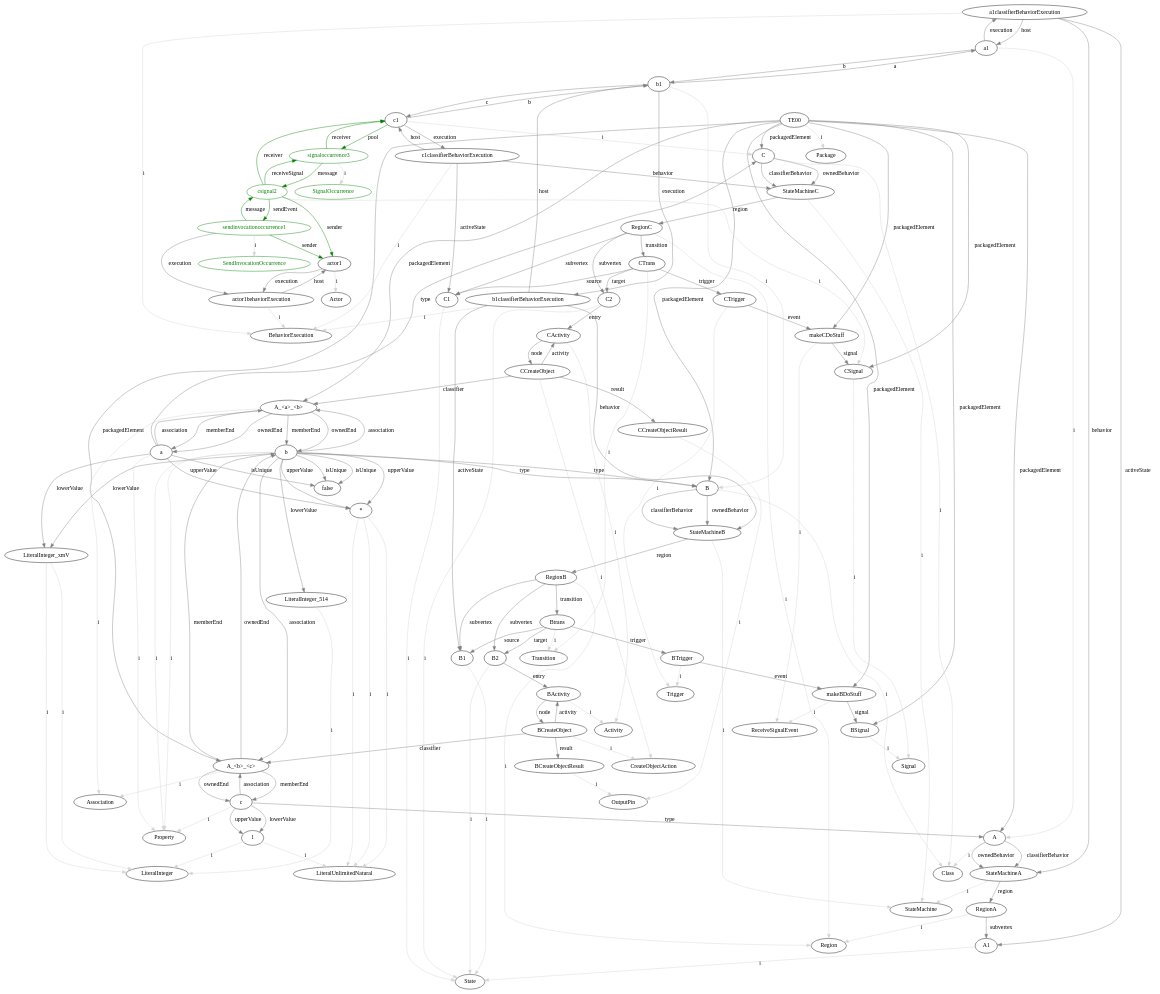
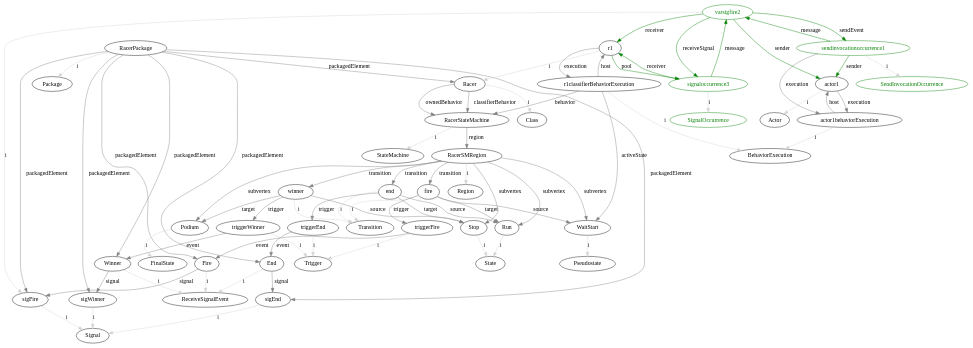
The diagram in GraphOutputs/state1.dot (luisneiva/graf-framework), drawn with Graphviz before and after one commit. The commit also changed 13 other files, not shown here.

```diff
--- a/GraphOutputs/state1.dot
+++ b/GraphOutputs/state1.dot
@@ -1,141 +1,62 @@
 digraph umlMetamodel {
-	"TE00" -> "Package" [label="i", color="lightgrey"]
-	"TE00" -> "C" [label="packagedElement", color="grey"]
-	"C" -> "Class" [label="i", color="lightgrey"]
-	"C" -> "StateMachineC" [label="classifierBehavior", color="grey"]
-	"C" -> "StateMachineC" [label="ownedBehavior", color="grey"]
-	"StateMachineC" -> "StateMachine" [label="i", color="lightgrey"]
-	"StateMachineC" -> "RegionC" [label="region", color="grey"]
-	"RegionC" -> "Region" [label="i", color="lightgrey"]
-	"RegionC" -> "C1" [label="subvertex", color="grey"]
-	"C1" -> "State" [label="i", color="lightgrey"]
-	"RegionC" -> "C2" [label="subvertex", color="grey"]
-	"C2" -> "State" [label="i", color="lightgrey"]
-	"C2" -> "CActivity" [label="entry", color="grey"]
-	"CActivity" -> "Activity" [label="i", color="lightgrey"]
-	"CActivity" -> "CCreateObject" [label="node", color="grey"]
-	"CCreateObject" -> "CActivity" [label="activity", color="grey"]
-	"CCreateObject" -> "CreateObjectAction" [label="i", color="lightgrey"]
-	"CCreateObject" -> "A_<a>_<b>" [label="classifier", color="grey"]
-	"CCreateObject" -> "CCreateObjectResult" [label="result", color="grey"]
-	"CCreateObjectResult" -> "OutputPin" [label="i", color="lightgrey"]
-	"RegionC" -> "CTrans" [label="transition", color="grey"]
-	"CTrans" -> "Transition" [label="i", color="lightgrey"]
-	"CTrans" -> "C1" [label="source", color="grey"]
-	"CTrans" -> "C2" [label="target", color="grey"]
-	"CTrans" -> "CTrigger" [label="trigger", color="grey"]
-	"CTrigger" -> "Trigger" [label="i", color="lightgrey"]
-	"CTrigger" -> "makeCDoStuff" [label="event", color="grey"]
-	"TE00" -> "B" [label="packagedElement", color="grey"]
-	"B" -> "Class" [label="i", color="lightgrey"]
-	"B" -> "StateMachineB" [label="classifierBehavior", color="grey"]
-	"B" -> "StateMachineB" [label="ownedBehavior", color="grey"]
-	"StateMachineB" -> "StateMachine" [label="i", color="lightgrey"]
-	"StateMachineB" -> "RegionB" [label="region", color="grey"]
-	"RegionB" -> "Region" [label="i", color="lightgrey"]
-	"RegionB" -> "B1" [label="subvertex", color="grey"]
-	"B1" -> "State" [label="i", color="lightgrey"]
-	"RegionB" -> "B2" [label="subvertex", color="grey"]
-	"B2" -> "State" [label="i", color="lightgrey"]
-	"B2" -> "BActivity" [label="entry", color="grey"]
-	"BActivity" -> "Activity" [label="i", color="lightgrey"]
-	"BActivity" -> "BCreateObject" [label="node", color="grey"]
-	"BCreateObject" -> "BActivity" [label="activity", color="grey"]
-	"BCreateObject" -> "CreateObjectAction" [label="i", color="lightgrey"]
-	"BCreateObject" -> "A_<b>_<c>" [label="classifier", color="grey"]
-	"BCreateObject" -> "BCreateObjectResult" [label="result", color="grey"]
-	"BCreateObjectResult" -> "OutputPin" [label="i", color="lightgrey"]
-	"RegionB" -> "Btrans" [label="transition", color="grey"]
-	"Btrans" -> "Transition" [label="i", color="lightgrey"]
-	"Btrans" -> "B1" [label="source", color="grey"]
-	"Btrans" -> "B2" [label="target", color="grey"]
-	"Btrans" -> "BTrigger" [label="trigger", color="grey"]
-	"BTrigger" -> "Trigger" [label="i", color="lightgrey"]
-	"BTrigger" -> "makeBDoStuff" [label="event", color="grey"]
-	"TE00" -> "A" [label="packagedElement", color="grey"]
-	"A" -> "Class" [label="i", color="lightgrey"]
-	"A" -> "StateMachineA" [label="classifierBehavior", color="grey"]
-	"A" -> "StateMachineA" [label="ownedBehavior", color="grey"]
-	"StateMachineA" -> "StateMachine" [label="i", color="lightgrey"]
-	"StateMachineA" -> "RegionA" [label="region", color="grey"]
-	"RegionA" -> "Region" [label="i", color="lightgrey"]
-	"RegionA" -> "A1" [label="subvertex", color="grey"]
-	"A1" -> "State" [label="i", color="lightgrey"]
-	"TE00" -> "A_<a>_<b>" [label="packagedElement", color="grey"]
-	"A_<a>_<b>" -> "Association" [label="i", color="lightgrey"]
-	"A_<a>_<b>" -> "a" [label="memberEnd", color="grey"]
-	"A_<a>_<b>" -> "b" [label="memberEnd", color="grey"]
-	"A_<a>_<b>" -> "a" [label="ownedEnd", color="grey"]
-	"a" -> "Property" [label="i", color="lightgrey"]
-	"a" -> "C" [label="type", color="grey"]
-	"a" -> "false" [label="isUnique", color="grey"]
-	"a" -> "A_<a>_<b>" [label="association", color="grey"]
-	"a" -> "*" [label="upperValue", color="grey"]
-	"*" -> "LiteralUnlimitedNatural" [label="i", color="lightgrey"]
-	"a" -> "LiteralInteger_xmV" [label="lowerValue", color="grey"]
-	"LiteralInteger_xmV" -> "LiteralInteger" [label="i", color="lightgrey"]
-	"A_<a>_<b>" -> "b" [label="ownedEnd", color="grey"]
-	"b" -> "Property" [label="i", color="lightgrey"]
-	"b" -> "B" [label="type", color="grey"]
-	"b" -> "false" [label="isUnique", color="grey"]
-	"b" -> "A_<a>_<b>" [label="association", color="grey"]
-	"b" -> "*" [label="upperValue", color="grey"]
-	"*" -> "LiteralUnlimitedNatural" [label="i", color="lightgrey"]
-	"b" -> "LiteralInteger_xmV" [label="lowerValue", color="grey"]
-	"LiteralInteger_xmV" -> "LiteralInteger" [label="i", color="lightgrey"]
-	"TE00" -> "A_<b>_<c>" [label="packagedElement", color="grey"]
-	"A_<b>_<c>" -> "Association" [label="i", color="lightgrey"]
-	"A_<b>_<c>" -> "b" [label="memberEnd", color="grey"]
-	"A_<b>_<c>" -> "c" [label="memberEnd", color="grey"]
-	"A_<b>_<c>" -> "b" [label="ownedEnd", color="grey"]
-	"b" -> "Property" [label="i", color="lightgrey"]
-	"b" -> "B" [label="type", color="grey"]
-	"b" -> "false" [label="isUnique", color="grey"]
-	"b" -> "A_<b>_<c>" [label="association", color="grey"]
-	"b" -> "*" [label="upperValue", color="grey"]
-	"*" -> "LiteralUnlimitedNatural" [label="i", color="lightgrey"]
-	"b" -> "LiteralInteger_514" [label="lowerValue", color="grey"]
-	"LiteralInteger_514" -> "LiteralInteger" [label="i", color="lightgrey"]
-	"A_<b>_<c>" -> "c" [label="ownedEnd", color="grey"]
-	"c" -> "Property" [label="i", color="lightgrey"]
-	"c" -> "A" [label="type", color="grey"]
-	"c" -> "A_<b>_<c>" [label="association", color="grey"]
-	"c" -> "1" [label="upperValue", color="grey"]
-	"1" -> "LiteralUnlimitedNatural" [label="i", color="lightgrey"]
-	"c" -> "1" [label="lowerValue", color="grey"]
-	"1" -> "LiteralInteger" [label="i", color="lightgrey"]
-	"TE00" -> "BSignal" [label="packagedElement", color="grey"]
-	"BSignal" -> "Signal" [label="i", color="lightgrey"]
-	"TE00" -> "makeBDoStuff" [label="packagedElement", color="grey"]
-	"makeBDoStuff" -> "ReceiveSignalEvent" [label="i", color="lightgrey"]
-	"makeBDoStuff" -> "BSignal" [label="signal", color="grey"]
-	"TE00" -> "CSignal" [label="packagedElement", color="grey"]
-	"CSignal" -> "Signal" [label="i", color="lightgrey"]
-	"TE00" -> "makeCDoStuff" [label="packagedElement", color="grey"]
-	"makeCDoStuff" -> "ReceiveSignalEvent" [label="i", color="lightgrey"]
-	"makeCDoStuff" -> "CSignal" [label="signal", color="grey"]
-	"a1" -> "A" [label="i", color="lightgrey"]
-	"a1classifierBehaviorExecution" -> "BehaviorExecution" [label="i", color="lightgrey"]
-	"a1" -> "a1classifierBehaviorExecution" [label="execution", color="grey"]
-	"a1classifierBehaviorExecution" -> "a1" [label="host", color="grey"]
-	"a1classifierBehaviorExecution" -> "StateMachineA" [label="behavior", color="grey"]
-	"a1classifierBehaviorExecution" -> "A1" [label="activeState", color="grey"]
-	"b1" -> "B" [label="i", color="lightgrey"]
-	"b1classifierBehaviorExecution" -> "BehaviorExecution" [label="i", color="lightgrey"]
-	"b1" -> "b1classifierBehaviorExecution" [label="execution", color="grey"]
-	"b1classifierBehaviorExecution" -> "b1" [label="host", color="grey"]
-	"b1classifierBehaviorExecution" -> "StateMachineB" [label="behavior", color="grey"]
-	"b1classifierBehaviorExecution" -> "B1" [label="activeState", color="grey"]
-	"c1" -> "C" [label="i", color="lightgrey"]
-	"c1classifierBehaviorExecution" -> "BehaviorExecution" [label="i", color="lightgrey"]
-	"c1" -> "c1classifierBehaviorExecution" [label="execution", color="grey"]
-	"c1classifierBehaviorExecution" -> "c1" [label="host", color="grey"]
-	"c1classifierBehaviorExecution" -> "StateMachineC" [label="behavior", color="grey"]
-	"c1classifierBehaviorExecution" -> "C1" [label="activeState", color="grey"]
-	"a1" -> "b1" [label="b", color="grey"]
-	"b1" -> "a1" [label="a", color="grey"]
-	"b1" -> "c1" [label="c", color="grey"]
-	"c1" -> "b1" [label="b", color="grey"]
+	"RacerPackage" -> "Package" [label="i", color="lightgrey"]
+	"RacerPackage" -> "Racer" [label="packagedElement", color="grey"]
+	"Racer" -> "Class" [label="i", color="lightgrey"]
+	"Racer" -> "RacerStateMachine" [label="classifierBehavior", color="grey"]
+	"Racer" -> "RacerStateMachine" [label="ownedBehavior", color="grey"]
+	"RacerStateMachine" -> "StateMachine" [label="i", color="lightgrey"]
+	"RacerStateMachine" -> "RacerSMRegion" [label="region", color="grey"]
+	"RacerSMRegion" -> "Region" [label="i", color="lightgrey"]
+	"RacerSMRegion" -> "WaitStart" [label="subvertex", color="grey"]
+	"WaitStart" -> "Pseudostate" [label="i", color="lightgrey"]
+	"RacerSMRegion" -> "Run" [label="subvertex", color="grey"]
+	"Run" -> "State" [label="i", color="lightgrey"]
+	"RacerSMRegion" -> "Stop" [label="subvertex", color="grey"]
+	"Stop" -> "State" [label="i", color="lightgrey"]
+	"RacerSMRegion" -> "Podium" [label="subvertex", color="grey"]
+	"Podium" -> "FinalState" [label="i", color="lightgrey"]
+	"RacerSMRegion" -> "fire" [label="transition", color="grey"]
+	"fire" -> "Transition" [label="i", color="lightgrey"]
+	"fire" -> "WaitStart" [label="source", color="grey"]
+	"fire" -> "Run" [label="target", color="grey"]
+	"fire" -> "triggerFire" [label="trigger", color="grey"]
+	"triggerFire" -> "Trigger" [label="i", color="lightgrey"]
+	"triggerFire" -> "Fire" [label="event", color="grey"]
+	"RacerSMRegion" -> "end" [label="transition", color="grey"]
+	"end" -> "Transition" [label="i", color="lightgrey"]
+	"end" -> "Run" [label="source", color="grey"]
+	"end" -> "Stop" [label="target", color="grey"]
+	"end" -> "triggerEnd" [label="trigger", color="grey"]
+	"triggerEnd" -> "Trigger" [label="i", color="lightgrey"]
+	"triggerEnd" -> "End" [label="event", color="grey"]
+	"RacerSMRegion" -> "winner" [label="transition", color="grey"]
+	"winner" -> "Transition" [label="i", color="lightgrey"]
+	"winner" -> "Stop" [label="source", color="grey"]
+	"winner" -> "Podium" [label="target", color="grey"]
+	"winner" -> "triggerWinner" [label="trigger", color="grey"]
+	"triggerWinner" -> "Trigger" [label="i", color="lightgrey"]
+	"triggerWinner" -> "Winner" [label="event", color="grey"]
+	"RacerPackage" -> "sigFire" [label="packagedElement", color="grey"]
+	"sigFire" -> "Signal" [label="i", color="lightgrey"]
+	"RacerPackage" -> "Fire" [label="packagedElement", color="grey"]
+	"Fire" -> "ReceiveSignalEvent" [label="i", color="lightgrey"]
+	"Fire" -> "sigFire" [label="signal", color="grey"]
+	"RacerPackage" -> "sigEnd" [label="packagedElement", color="grey"]
+	"sigEnd" -> "Signal" [label="i", color="lightgrey"]
+	"RacerPackage" -> "End" [label="packagedElement", color="grey"]
+	"End" -> "ReceiveSignalEvent" [label="i", color="lightgrey"]
+	"End" -> "sigEnd" [label="signal", color="grey"]
+	"RacerPackage" -> "sigWinner" [label="packagedElement", color="grey"]
+	"sigWinner" -> "Signal" [label="i", color="lightgrey"]
+	"RacerPackage" -> "Winner" [label="packagedElement", color="grey"]
+	"Winner" -> "ReceiveSignalEvent" [label="i", color="lightgrey"]
+	"Winner" -> "sigWinner" [label="signal", color="grey"]
+	"r1" -> "Racer" [label="i", color="lightgrey"]
+	"r1classifierBehaviorExecution" -> "BehaviorExecution" [label="i", color="lightgrey"]
+	"r1" -> "r1classifierBehaviorExecution" [label="execution", color="grey"]
+	"r1classifierBehaviorExecution" -> "r1" [label="host", color="grey"]
+	"r1classifierBehaviorExecution" -> "RacerStateMachine" [label="behavior", color="grey"]
+	"r1classifierBehaviorExecution" -> "WaitStart" [label="activeState", color="grey"]
 	"actor1" -> "Actor" [label="i", color="lightgrey"]
 	"actor1behaviorExecution" -> "BehaviorExecution" [label="i", color="lightgrey"]
 	"actor1" -> "actor1behaviorExecution" [label="execution", color="grey"]
@@ -143,33 +64,33 @@
 	"sendinvocationoccurrence1" -> "SendInvocationOccurrence" [label="i", color="lightgrey"]
 	"sendinvocationoccurrence1" [color="green", fontcolor="green"]
 	"SendInvocationOccurrence" [color="green", fontcolor="green"]
-	"sendinvocationoccurrence1" -> "csignal2" [label="message", color="green"]
+	"sendinvocationoccurrence1" -> "varsigfire2" [label="message", color="green"]
 	"sendinvocationoccurrence1" [color="green", fontcolor="green"]
-	"csignal2" [color="green", fontcolor="green"]
-	"csignal2" -> "sendinvocationoccurrence1" [label="sendEvent", color="green"]
-	"csignal2" [color="green", fontcolor="green"]
+	"varsigfire2" [color="green", fontcolor="green"]
+	"varsigfire2" -> "sendinvocationoccurrence1" [label="sendEvent", color="green"]
+	"varsigfire2" [color="green", fontcolor="green"]
 	"sendinvocationoccurrence1" [color="green", fontcolor="green"]
-	"csignal2" -> "signaloccurrence3" [label="receiveSignal", color="green"]
-	"csignal2" [color="green", fontcolor="green"]
+	"varsigfire2" -> "signaloccurrence3" [label="receiveSignal", color="green"]
+	"varsigfire2" [color="green", fontcolor="green"]
 	"signaloccurrence3" [color="green", fontcolor="green"]
-	"signaloccurrence3" -> "csignal2" [label="message", color="green"]
+	"signaloccurrence3" -> "varsigfire2" [label="message", color="green"]
 	"signaloccurrence3" [color="green", fontcolor="green"]
-	"csignal2" [color="green", fontcolor="green"]
+	"varsigfire2" [color="green", fontcolor="green"]
 	"signaloccurrence3" -> "SignalOccurrence" [label="i", color="lightgrey"]
 	"signaloccurrence3" [color="green", fontcolor="green"]
 	"SignalOccurrence" [color="green", fontcolor="green"]
-	"csignal2" -> "CSignal" [label="i", color="lightgrey"]
-	"csignal2" [color="green", fontcolor="green"]
-	"signaloccurrence3" -> "c1" [label="receiver", color="green"]
+	"varsigfire2" -> "sigFire" [label="i", color="lightgrey"]
+	"varsigfire2" [color="green", fontcolor="green"]
+	"signaloccurrence3" -> "r1" [label="receiver", color="green"]
 	"signaloccurrence3" [color="green", fontcolor="green"]
-	"c1" -> "signaloccurrence3" [label="pool", color="green"]
+	"r1" -> "signaloccurrence3" [label="pool", color="green"]
 	"signaloccurrence3" [color="green", fontcolor="green"]
-	"csignal2" -> "actor1" [label="sender", color="green"]
-	"csignal2" [color="green", fontcolor="green"]
+	"varsigfire2" -> "actor1" [label="sender", color="green"]
+	"varsigfire2" [color="green", fontcolor="green"]
 	"sendinvocationoccurrence1" -> "actor1" [label="sender", color="green"]
 	"sendinvocationoccurrence1" [color="green", fontcolor="green"]
-	"csignal2" -> "c1" [label="receiver", color="green"]
-	"csignal2" [color="green", fontcolor="green"]
+	"varsigfire2" -> "r1" [label="receiver", color="green"]
+	"varsigfire2" [color="green", fontcolor="green"]
 	"sendinvocationoccurrence1" -> "actor1behaviorExecution" [label="execution", color="grey"]
 	"sendinvocationoccurrence1" [color="green", fontcolor="green"]
 }
```
